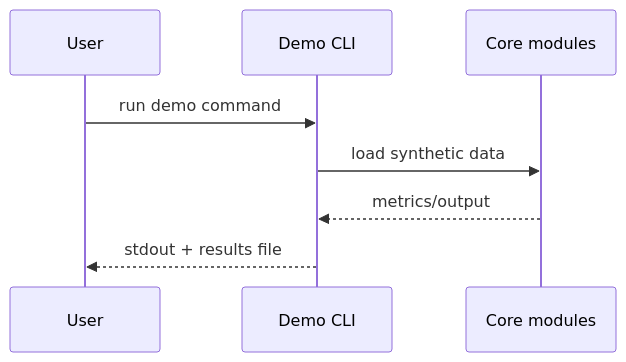
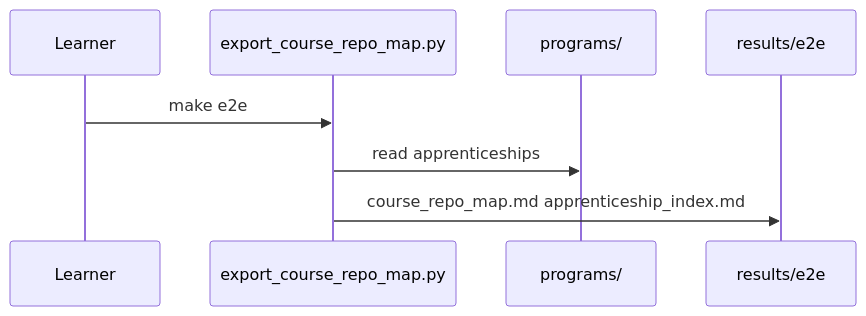
The diagram in docs/diagrams/sequence_main_demo.mmd (gunnchOS3k/waike-research-ops), drawn with Mermaid before and after one commit. The commit also changed 27 other files, not shown here.

First line of the commit message:
Issue audit pass: repo-specific diagrams, review-ready papers, ISSUE_AUDIT

```diff
--- a/docs/diagrams/sequence_main_demo.mmd
+++ b/docs/diagrams/sequence_main_demo.mmd
@@ -1,8 +1,8 @@
 sequenceDiagram
-  participant U as User
-  participant CLI as Demo CLI
-  participant Core as Core modules
-  U->>CLI: run demo command
-  CLI->>Core: load synthetic data
-  Core-->>CLI: metrics/output
-  CLI-->>U: stdout + results file
+  participant U as Learner
+  participant E as export_course_repo_map.py
+  participant P as programs/
+  participant R as results/e2e
+  U->>E: make e2e
+  E->>P: read apprenticeships
+  E->>R: course_repo_map.md apprenticeship_index.md
```
